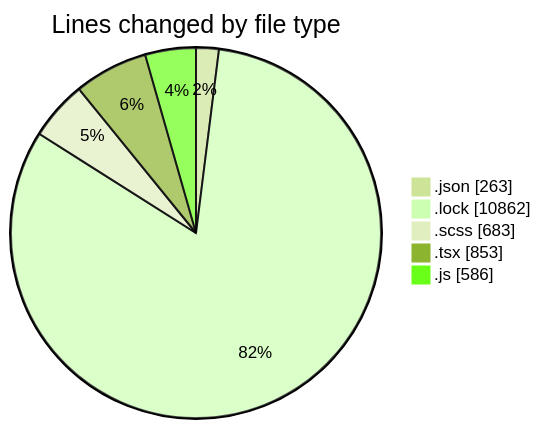
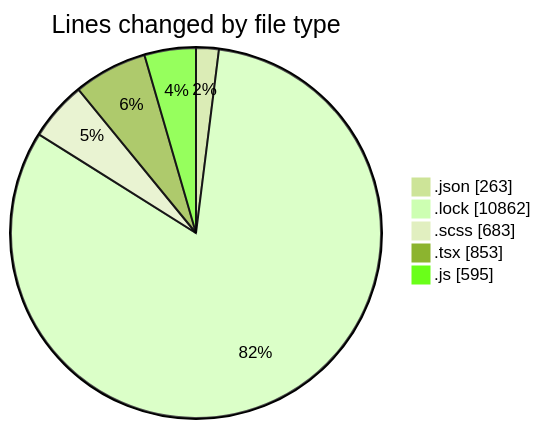
One commit to momahboobian/code-tracking changed the first of 2 diagrams in 2026-05-18/cda/README.md. Above: the diagram before and after it, drawn with Mermaid (forest theme). The commit also changed other lines of this file and 1 other file, not shown here.

````diff
--- a/2026-05-18/cda/README.md
+++ b/2026-05-18/cda/README.md
@@ -35,9 +35,9 @@
 ```mermaid
 pie showData
 title Lines changed by file type
 ".json" : 263
 ".lock" : 10862
 ".scss" : 683
 ".tsx" : 853
-".js" : 586
+".js" : 595
 ```
````
